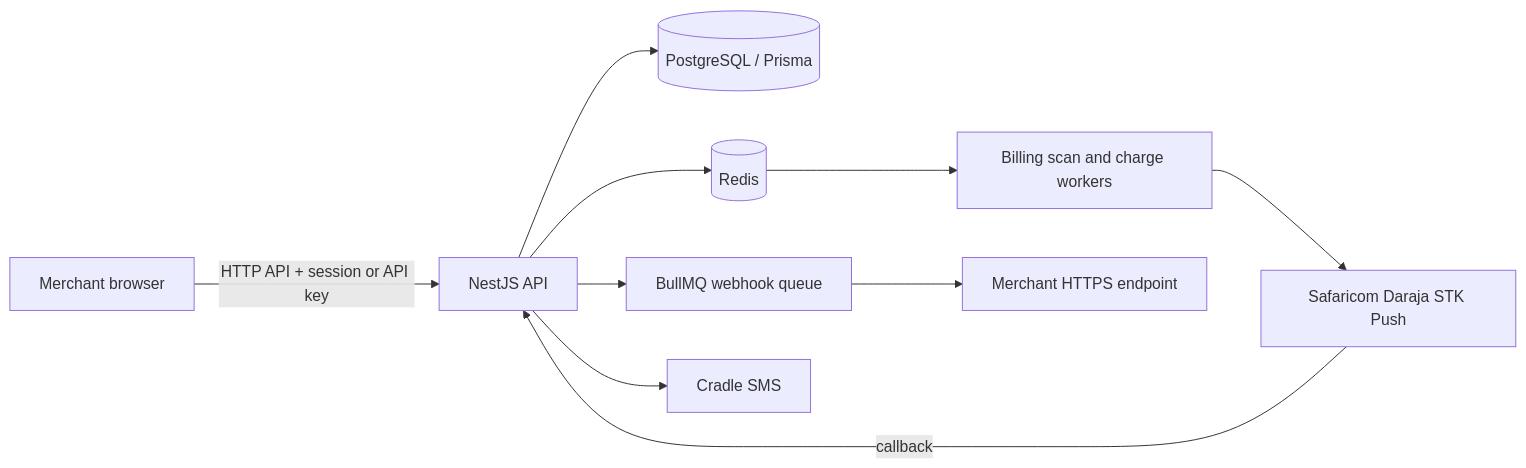
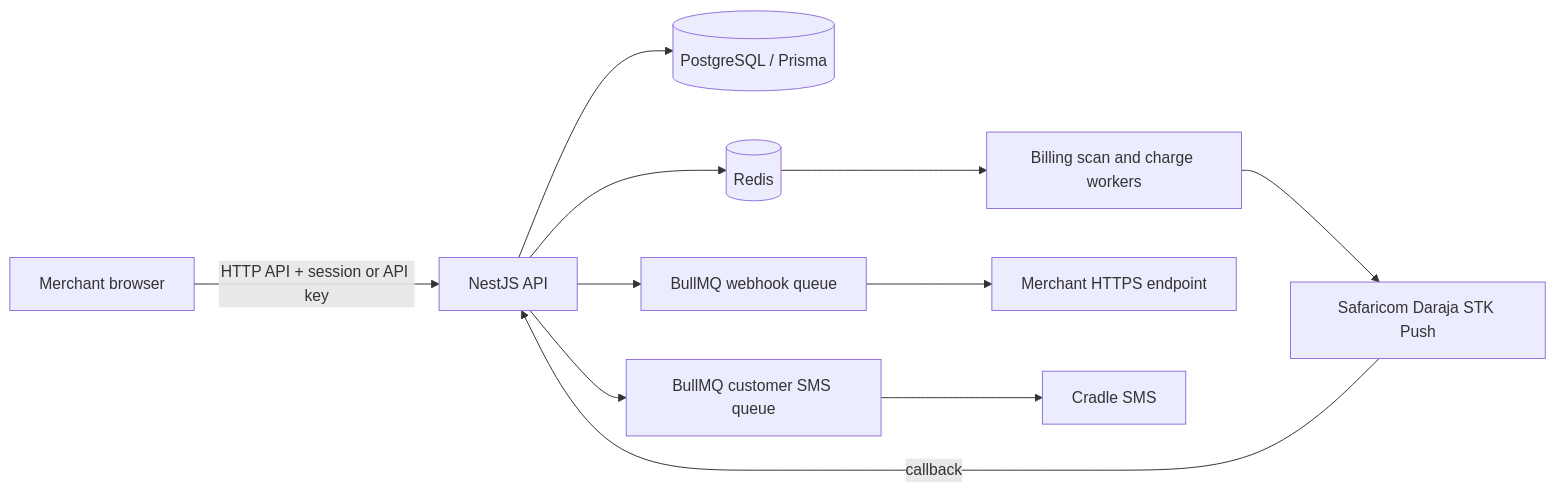
Before and after one commit to juneboy933/mpesa-billing-engine: the diagram in README.md, drawn with Mermaid. The commit also changed other lines of this file and 19 other files, not shown here.

````diff
--- a/README.md
+++ b/README.md
@@ -21,12 +22,13 @@
 ```mermaid
 flowchart LR
   Merchant[Merchant browser] -->|HTTP API + session or API key| API[NestJS API]
   API --> DB[(PostgreSQL / Prisma)]
   API --> Redis[(Redis)]
   Redis --> Billing[Billing scan and charge workers]
   Billing --> Daraja[Safaricom Daraja STK Push]
   Daraja -->|callback| API
   API --> WebhookQueue[BullMQ webhook queue]
   WebhookQueue --> MerchantHook[Merchant HTTPS endpoint]
-  API --> Cradle[Cradle SMS]
+  API --> SMSQueue[BullMQ customer SMS queue]
+  SMSQueue --> Cradle[Cradle SMS]
 ```
````
